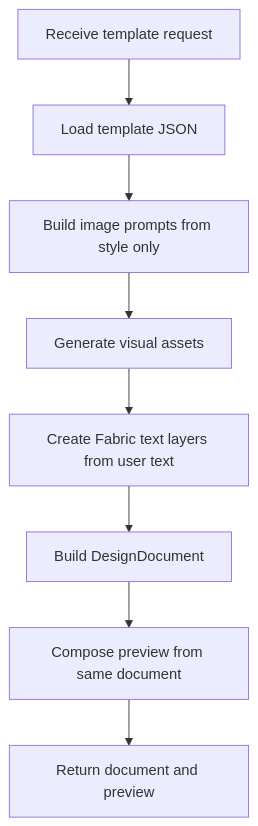
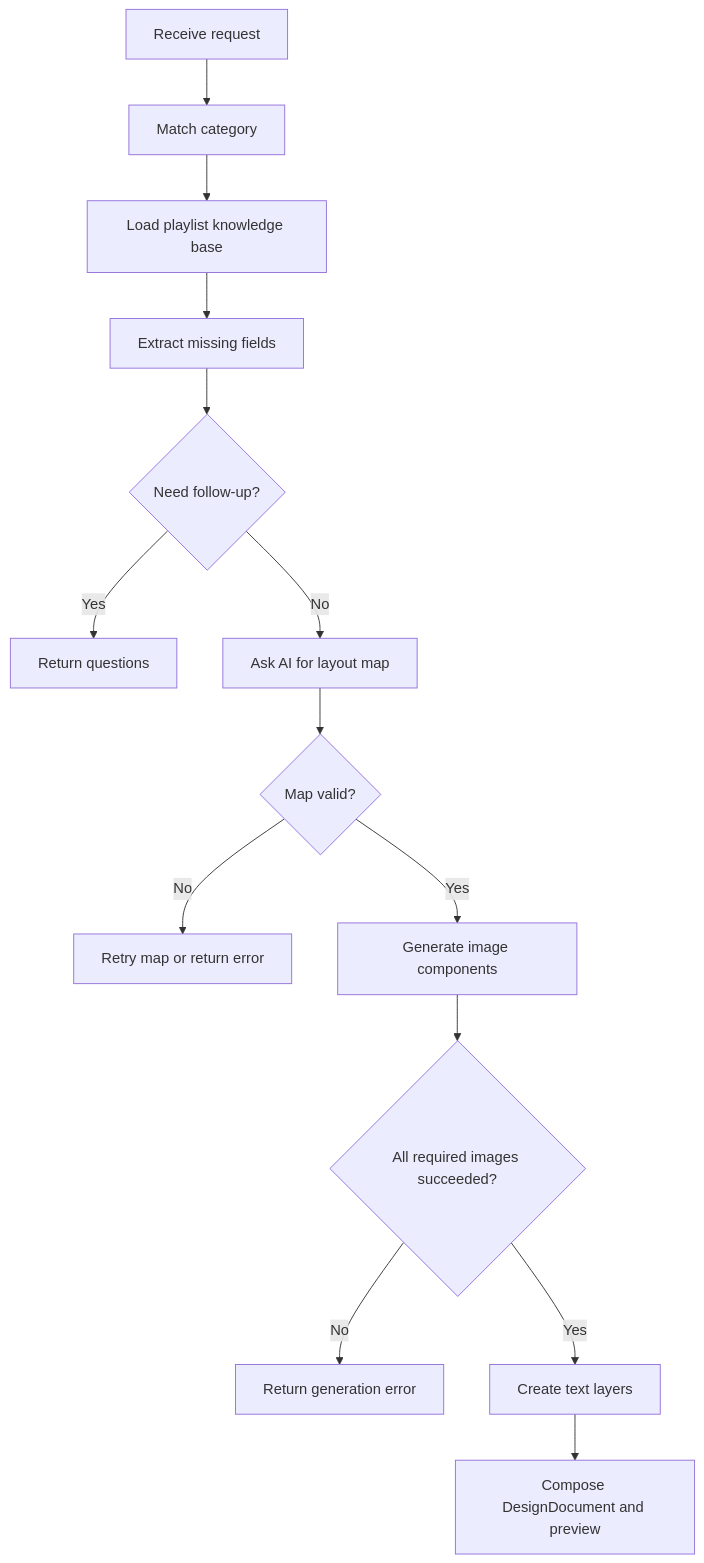
The second of 2 diagrams in docs/prd-workspace/template-composition/08-review-ready-prd.md (ZhangHJX/yutu), drawn with Mermaid before and after one commit. The commit also changed other lines of this file, not shown here.

Commit message:
Rewrite PRD for category-driven generation

````diff
--- a/docs/prd-workspace/template-composition/08-review-ready-prd.md
+++ b/docs/prd-workspace/template-composition/08-review-ready-prd.md
@@ -85,10 +95,16 @@
 ```mermaid
 flowchart TD
-  A[Receive template request] --> B[Load template JSON]
-  B --> C[Build image prompts from style only]
-  C --> D[Generate visual assets]
-  D --> E[Create Fabric text layers from user text]
-  E --> F[Build DesignDocument]
-  F --> G[Compose preview from same document]
-  G --> H[Return document and preview]
+  A[Receive request] --> B[Match category]
+  B --> C[Load playlist knowledge base]
+  C --> D[Extract missing fields]
+  D --> E{Need follow-up?}
+  E -->|Yes| F[Return questions]
+  E -->|No| G[Ask AI for layout map]
+  G --> H{Map valid?}
+  H -->|No| X[Retry map or return error]
+  H -->|Yes| I[Generate image components]
+  I --> J{All required images succeeded?}
+  J -->|No| Y[Return generation error]
+  J -->|Yes| K[Create text layers]
+  K --> L[Compose DesignDocument and preview]
 ```
````
